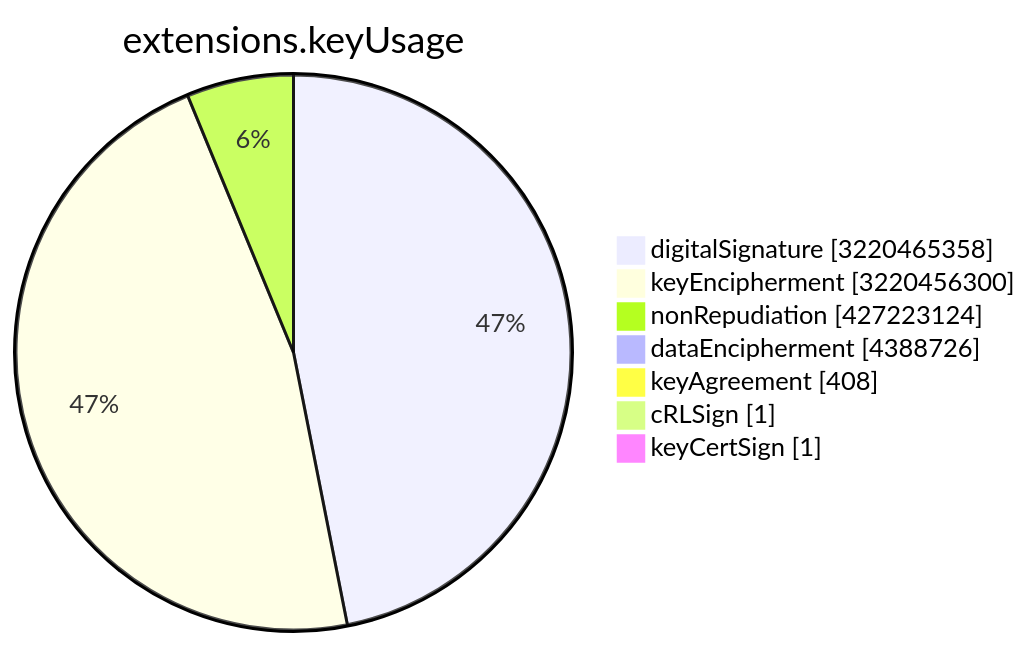
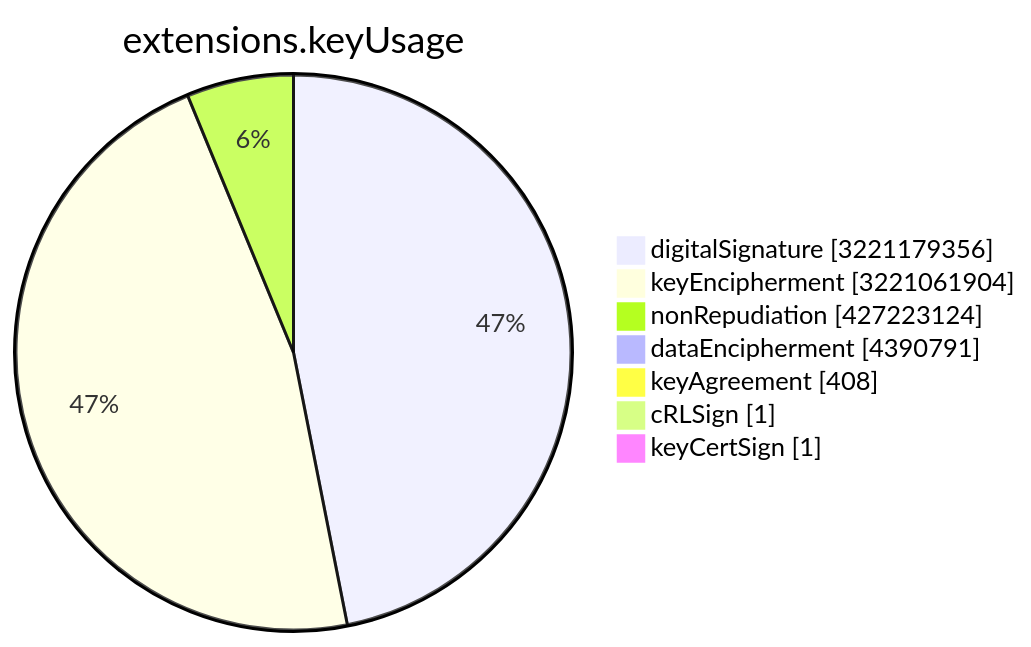
The sixth of 15 diagrams in TOTAL/README.md (christiankrug/ctmonitor_visualization), drawn with Mermaid before and after one commit. The commit also changed other lines of this file, not shown here.

````diff
--- a/TOTAL/README.md
+++ b/TOTAL/README.md
@@ -3077,11 +3077,11 @@
 ```mermaid
 pie showData
 title extensions.keyUsage
-"digitalSignature" :3220465358
-"keyEncipherment" :3220456300
+"digitalSignature" :3221179356
+"keyEncipherment" :3221061904
 "nonRepudiation" :427223124
-"dataEncipherment" :4388726
+"dataEncipherment" :4390791
 "keyAgreement" :408
 "cRLSign" :1
 "keyCertSign" :1
 ```
````
